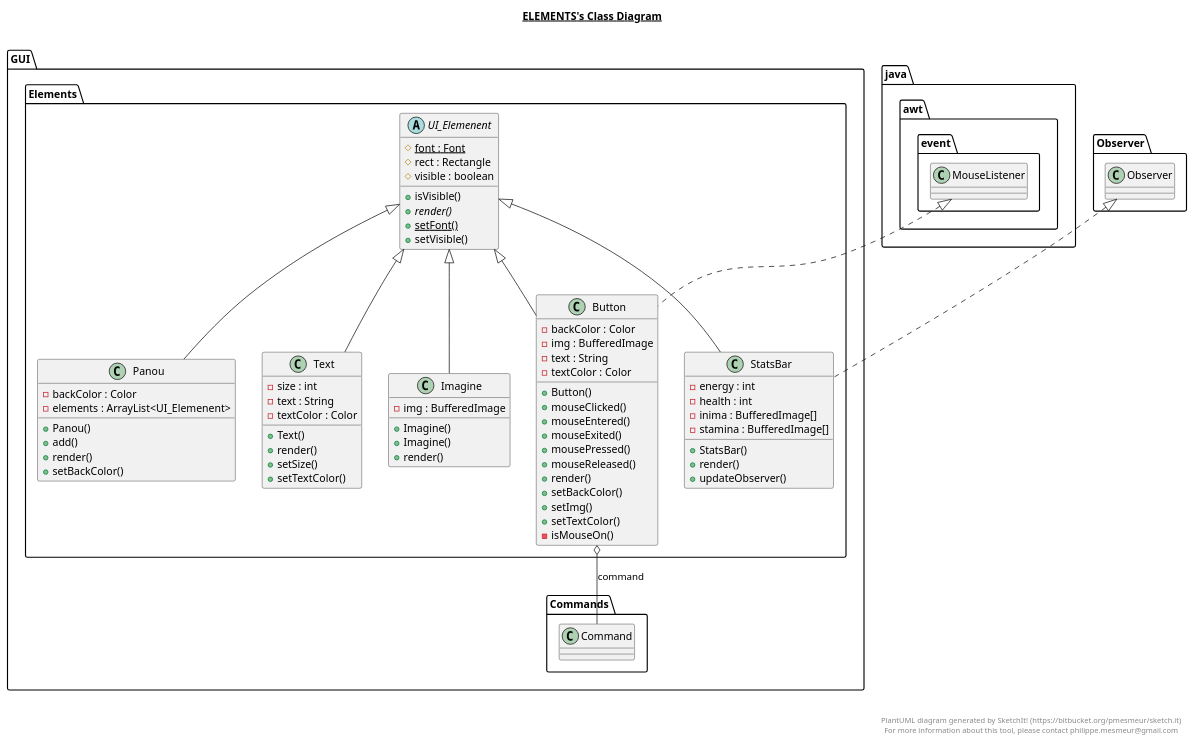
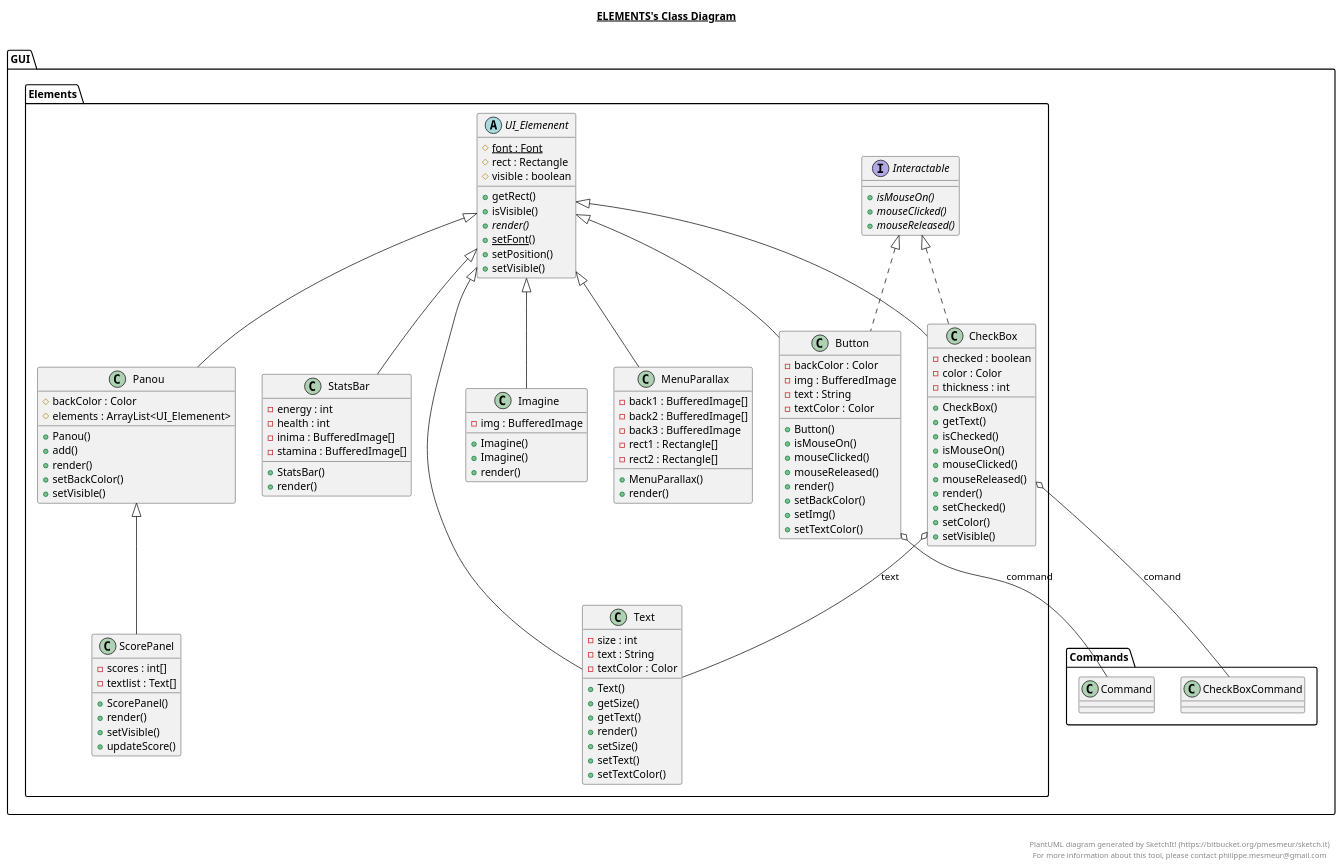
Before and after one commit to IulianMurariu-Tanasache/ProiectPAOO_FirstDungeon: the diagram in src/GUI/Elements/Elements.plantuml, drawn with PlantUML. The commit also changed 186 other files, not shown here.

```diff
--- a/src/GUI/Elements/Elements.plantuml
+++ b/src/GUI/Elements/Elements.plantuml
@@ -1,116 +1,164 @@
 @startuml
 
 title __ELEMENTS's Class Diagram__\n
 
-  namespace GUI {
-    namespace Elements {
-      class GUI.Elements.Button {
-          - backColor : Color
-          - img : BufferedImage
-          - text : String
-          - textColor : Color
-          + Button()
-          + mouseClicked()
-          + mouseEntered()
-          + mouseExited()
-          + mousePressed()
-          + mouseReleased()
-          + render()
-          + setBackColor()
-          + setImg()
-          + setTextColor()
-          - isMouseOn()
-      }
+  namespace GUI.Elements {
+    class GUI.Elements.Button {
+        - backColor : Color
+        - img : BufferedImage
+        - text : String
+        - textColor : Color
+        + Button()
+        + isMouseOn()
+        + mouseClicked()
+        + mouseReleased()
+        + render()
+        + setBackColor()
+        + setImg()
+        + setTextColor()
     }
   }
   
 
-  namespace GUI {
-    namespace Elements {
-      class GUI.Elements.Imagine {
-          - img : BufferedImage
-          + Imagine()
-          + Imagine()
-          + render()
-      }
+  namespace GUI.Elements {
+    class GUI.Elements.CheckBox {
+        - checked : boolean
+        - color : Color
+        - thickness : int
+        + CheckBox()
+        + getText()
+        + isChecked()
+        + isMouseOn()
+        + mouseClicked()
+        + mouseReleased()
+        + render()
+        + setChecked()
+        + setColor()
+        + setVisible()
     }
   }
   
 
-  namespace GUI {
-    namespace Elements {
-      class GUI.Elements.Panou {
-          - backColor : Color
-          - elements : ArrayList<UI_Elemenent>
-          + Panou()
-          + add()
-          + render()
-          + setBackColor()
-      }
+  namespace GUI.Elements {
+    class GUI.Elements.Imagine {
+        - img : BufferedImage
+        + Imagine()
+        + Imagine()
+        + render()
     }
   }
   
 
-  namespace GUI {
-    namespace Elements {
-      class GUI.Elements.StatsBar {
-          - energy : int
-          - health : int
-          - inima : BufferedImage[]
-          - stamina : BufferedImage[]
-          + StatsBar()
-          + render()
-          + updateObserver()
-      }
+  namespace GUI.Elements {
+    interface GUI.Elements.Interactable {
+        {abstract} + isMouseOn()
+        {abstract} + mouseClicked()
+        {abstract} + mouseReleased()
     }
   }
   
 
-  namespace GUI {
-    namespace Elements {
-      class GUI.Elements.Text {
-          - size : int
-          - text : String
-          - textColor : Color
-          + Text()
-          + render()
-          + setSize()
-          + setTextColor()
-      }
+  namespace GUI.Elements {
+    class GUI.Elements.MenuParallax {
+        - back1 : BufferedImage[]
+        - back2 : BufferedImage[]
+        - back3 : BufferedImage
+        - rect1 : Rectangle[]
+        - rect2 : Rectangle[]
+        + MenuParallax()
+        + render()
     }
   }
   
 
-  namespace GUI {
-    namespace Elements {
-      abstract class GUI.Elements.UI_Elemenent {
-          {static} # font : Font
-          # rect : Rectangle
-          # visible : boolean
-          + isVisible()
-          {abstract} + render()
-          {static} + setFont()
-          + setVisible()
-      }
+  namespace GUI.Elements {
+    class GUI.Elements.Panou {
+        # backColor : Color
+        # elements : ArrayList<UI_Elemenent>
+        + Panou()
+        + add()
+        + render()
+        + setBackColor()
+        + setVisible()
     }
   }
   
 
-  GUI.Elements.Button .up.|> java.awt.event.MouseListener
+  namespace GUI.Elements {
+    class GUI.Elements.ScorePanel {
+        - scores : int[]
+        - textlist : Text[]
+        + ScorePanel()
+        + render()
+        + setVisible()
+        + updateScore()
+    }
+  }
+  
+
+  namespace GUI.Elements {
+    class GUI.Elements.StatsBar {
+        - energy : int
+        - health : int
+        - inima : BufferedImage[]
+        - stamina : BufferedImage[]
+        + StatsBar()
+        + render()
+    }
+  }
+  
+
+  namespace GUI.Elements {
+    class GUI.Elements.Text {
+        - size : int
+        - text : String
+        - textColor : Color
+        + Text()
+        + getSize()
+        + getText()
+        + render()
+        + setSize()
+        + setText()
+        + setTextColor()
+    }
+  }
+  
+
+  namespace GUI.Elements {
+    abstract class GUI.Elements.UI_Elemenent {
+        {static} # font : Font
+        # rect : Rectangle
+        # visible : boolean
+        + getRect()
+        + isVisible()
+        {abstract} + render()
+        {static} + setFont()
+        + setPosition()
+        + setVisible()
+    }
+  }
+  
+
+  GUI.Elements.Button .up.|> GUI.Elements.Interactable
   GUI.Elements.Button -up-|> GUI.Elements.UI_Elemenent
   GUI.Elements.Button o-- GUI.Commands.Command : command
+  GUI.Elements.CheckBox .up.|> GUI.Elements.Interactable
+  GUI.Elements.CheckBox -up-|> GUI.Elements.UI_Elemenent
+  GUI.Elements.CheckBox o-- GUI.Commands.CheckBoxCommand : comand
+  GUI.Elements.CheckBox o-- GUI.Elements.Text : text
   GUI.Elements.Imagine -up-|> GUI.Elements.UI_Elemenent
+  GUI.Elements.MenuParallax -up-|> GUI.Elements.UI_Elemenent
   GUI.Elements.Panou -up-|> GUI.Elements.UI_Elemenent
-  GUI.Elements.StatsBar .up.|> Observer.Observer
+  GUI.Elements.ScorePanel -up-|> GUI.Elements.Panou
   GUI.Elements.StatsBar -up-|> GUI.Elements.UI_Elemenent
   GUI.Elements.Text -up-|> GUI.Elements.UI_Elemenent
 
 
 right footer
 
 
 PlantUML diagram generated by SketchIt! (https://bitbucket.org/pmesmeur/sketch.it)
 For more information about this tool, please contact philippe.mesmeur@gmail.com
 endfooter
 
 @enduml
```
